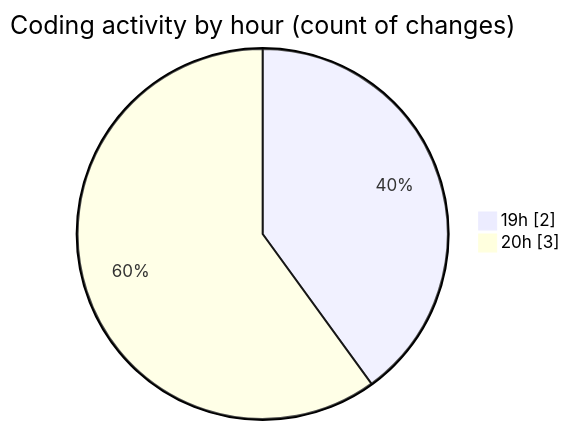
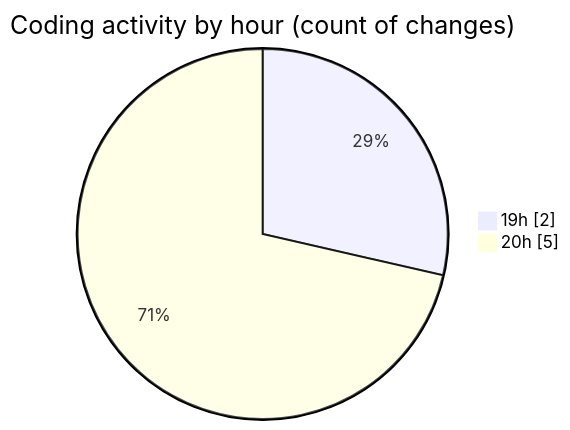
One commit to idhammustaqopulfikri/code-tracking changed the second of 2 diagrams in 2025-04-13/autodidak/README.md. Above: the diagram before and after it, drawn with Mermaid. The commit also changed other lines of this file and 1 other file, not shown here.

````diff
--- a/2025-04-13/autodidak/README.md
+++ b/2025-04-13/autodidak/README.md
@@ -29,6 +30,6 @@
 ```mermaid
 pie showData
 title Coding activity by hour (count of changes)
 "19h" : 2
-"20h" : 3
+"20h" : 5
 ```
````
